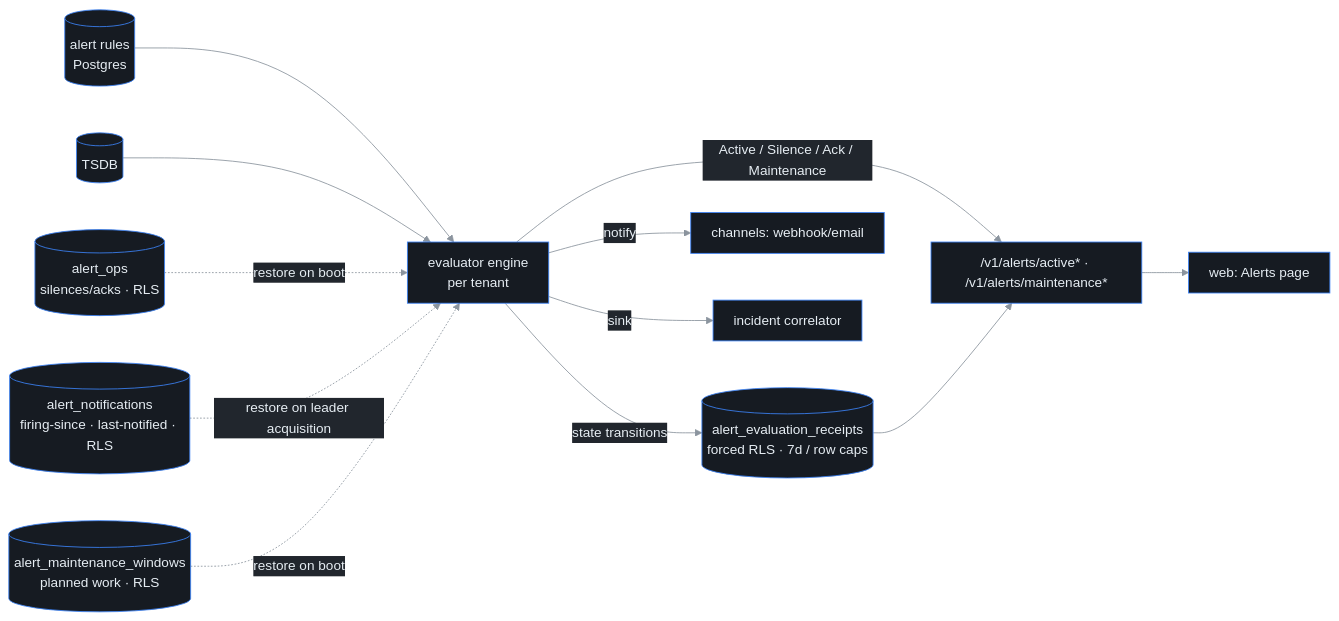
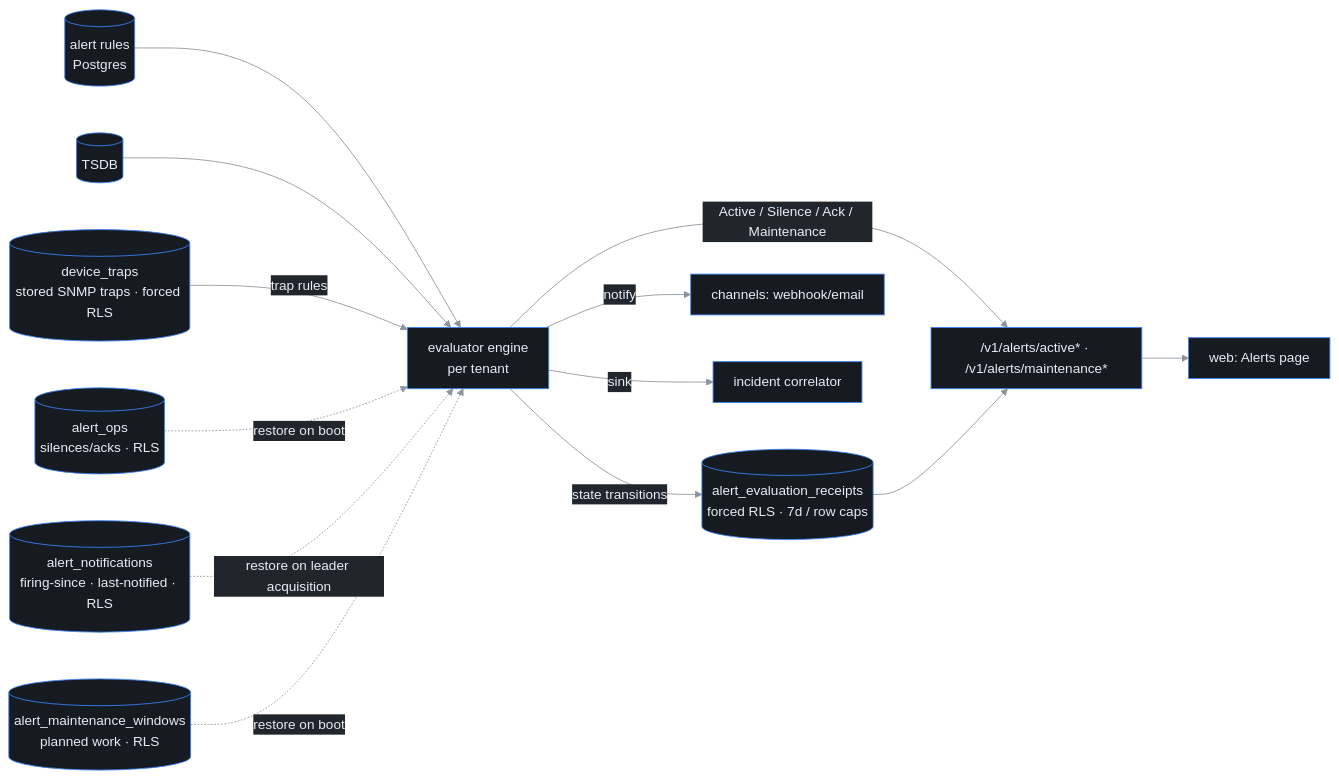
Before and after one commit to ctlplne/probectl: the diagram in docs/alerting.md, drawn with Mermaid. The commit also changed other lines of this file and 24 other files, not shown here.

First line of the commit message:
feat(alert): trap-driven alert rules

````diff
--- a/docs/alerting.md
+++ b/docs/alerting.md
@@ -65,15 +66,16 @@
 ```mermaid
 %%{init: {'theme':'base','themeVariables':{'background':'#0d1117','primaryColor':'#161b22','primaryTextColor':'#e6edf3','primaryBorderColor':'#3b82f6','lineColor':'#8b949e','secondaryColor':'#21262d','tertiaryColor':'#0d1117','clusterBkg':'#161b22','clusterBorder':'#30363d','fontFamily':'ui-monospace, SFMono-Regular, Menlo, monospace'},'flowchart':{'curve':'basis','nodeSpacing':55,'rankSpacing':55,'padding':12}}}%%
 flowchart LR
   R[(alert rules\nPostgres)] --> E[evaluator engine\nper tenant]
   T[(TSDB)] --> E
+  D[(device_traps\nstored SNMP traps · forced RLS)] -- trap rules --> E
   O[(alert_ops\nsilences/acks · RLS)] -. restore on boot .-> E
   N[(alert_notifications\nfiring-since · last-notified · RLS)] -. restore on leader acquisition .-> E
   M[(alert_maintenance_windows\nplanned work · RLS)] -. restore on boot .-> E
   E -- state transitions --> V[(alert_evaluation_receipts\nforced RLS · 7d / row caps)]
   E -- notify --> C[channels: webhook/email]
   E -- sink --> I[incident correlator]
   E -- "Active / Silence / Ack / Maintenance" --> A["/v1/alerts/active* · /v1/alerts/maintenance*"]
   V --> A
   A --> W[web: Alerts page]
 ```
````
